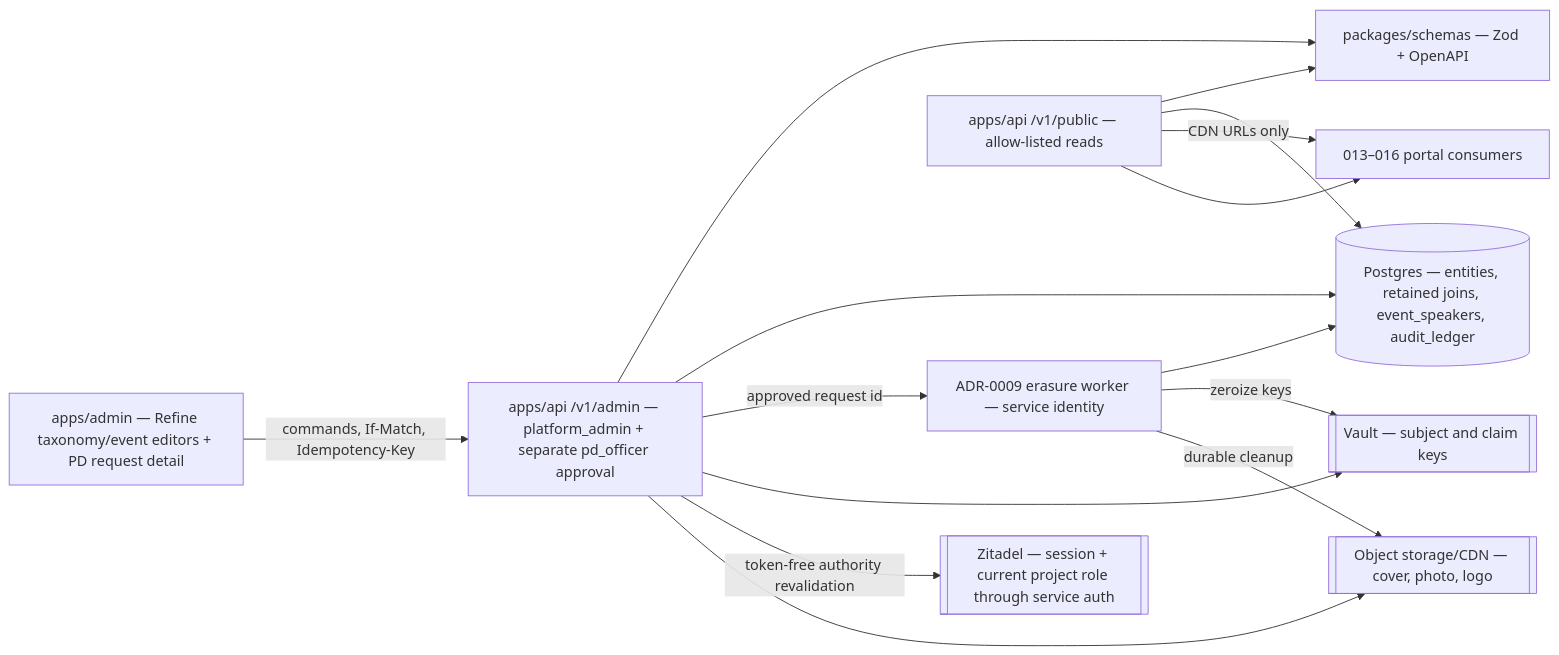
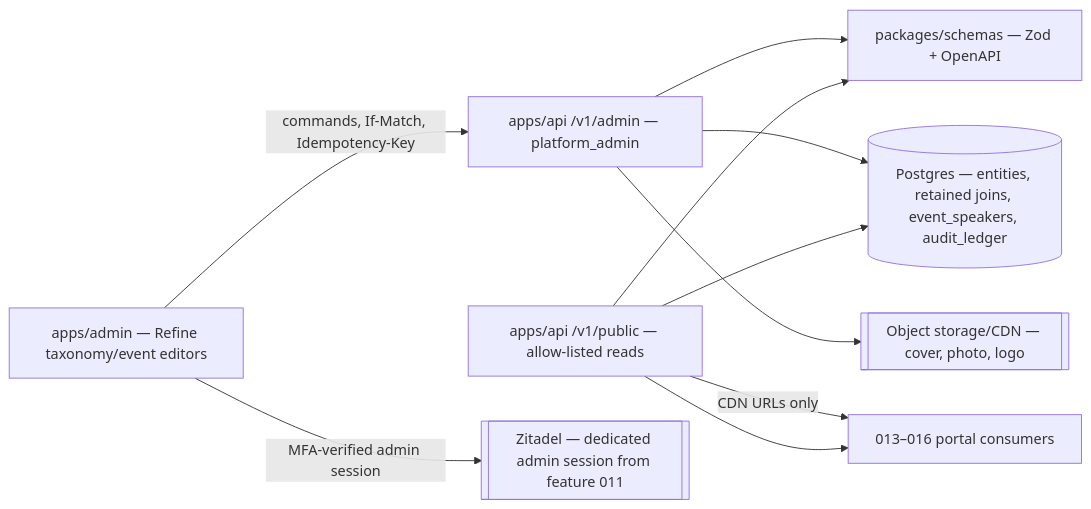
Before and after one commit to doctor-school/ds-platform: the first of 5 diagrams in apps/docs/content/specs/features/012-content-taxonomy/012-design.md, drawn with Mermaid. The commit also changed other lines of this file and 3 other files, not shown here.

First line of the commit message:
docs(spec): 012 content taxonomy — plain retained text fields, no Vault/crypto (#1325) (#1328)

````diff
--- a/apps/docs/content/specs/features/012-content-taxonomy/012-design.md
+++ b/apps/docs/content/specs/features/012-content-taxonomy/012-design.md
@@ -16,28 +18,21 @@
 ```mermaid
 flowchart LR
-  ADM[apps/admin — Refine taxonomy/event editors + PD request detail]
-  APIA[apps/api /v1/admin — platform_admin + separate pd_officer approval]
-  ERW[ADR-0009 erasure worker — service identity]
+  ADM[apps/admin — Refine taxonomy/event editors]
+  APIA[apps/api /v1/admin — platform_admin]
   APIP[apps/api /v1/public — allow-listed reads]
   SCH[packages/schemas — Zod + OpenAPI]
   DB[(Postgres — entities, retained joins, event_speakers, audit_ledger)]
   S3[[Object storage/CDN — cover, photo, logo]]
-  IDP[[Zitadel — session + current project role through service auth]]
-  VAULT[[Vault — subject and claim keys]]
+  IDP[[Zitadel — dedicated admin session from feature 011]]
   NEXT[013–016 portal consumers]
 
   ADM -->|commands, If-Match, Idempotency-Key| APIA
   APIA --> SCH
   APIP --> SCH
   APIA --> DB
-  APIA -->|approved request id| ERW
-  ERW --> DB
-  APIA --> VAULT
-  ERW -->|zeroize keys| VAULT
-  APIA -->|token-free authority revalidation| IDP
+  ADM -->|MFA-verified admin session| IDP
   APIP --> DB
   APIA --> S3
-  ERW -->|durable cleanup| S3
   APIP -->|CDN URLs only| NEXT
   APIP --> NEXT
 ```
````
